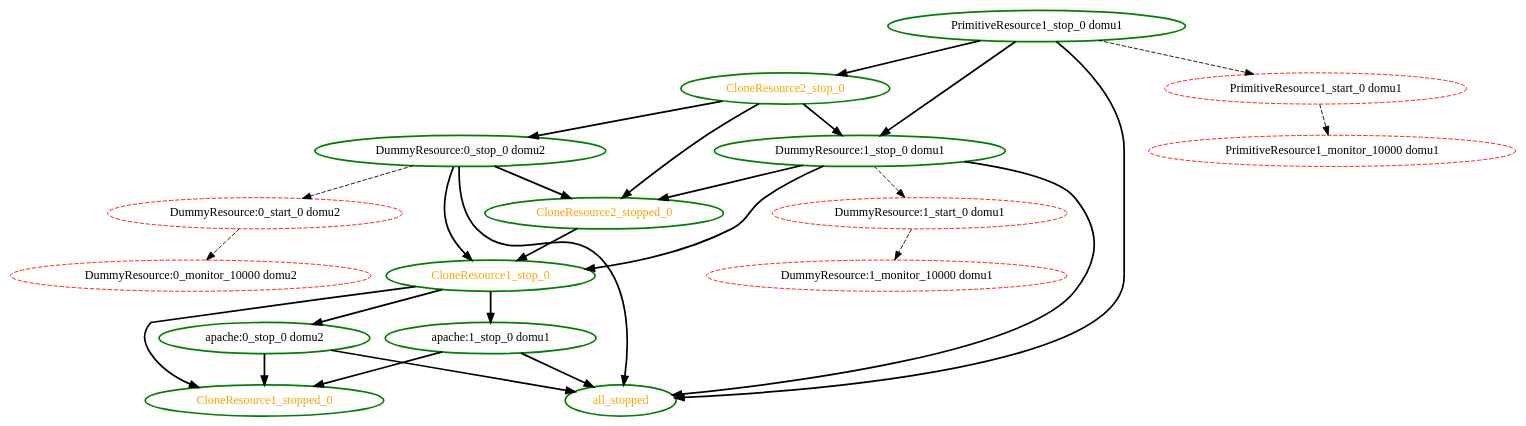
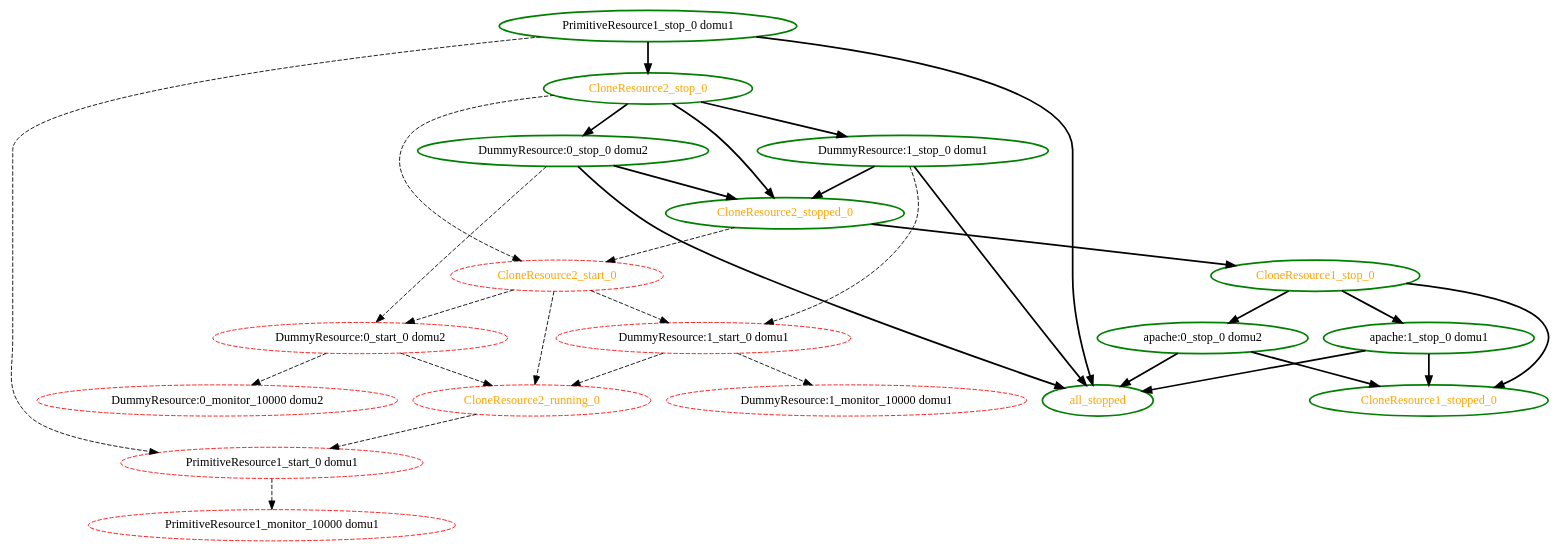
The diagram in pengine/test10/bug-lf-2453.dot (ClusterLabs/pacemaker), drawn with Graphviz before and after one commit. The commit also changed 115 other files, not shown here.

```diff
--- a/pengine/test10/bug-lf-2453.dot
+++ b/pengine/test10/bug-lf-2453.dot
@@ -1,44 +1,51 @@
 digraph "g" {
 "CloneResource1_stop_0" -> "CloneResource1_stopped_0" [ style = bold]
 "CloneResource1_stop_0" -> "apache:0_stop_0 domu2" [ style = bold]
 "CloneResource1_stop_0" -> "apache:1_stop_0 domu1" [ style = bold]
 "CloneResource1_stop_0" [ style=bold color="green" fontcolor="orange"  ]
 "CloneResource1_stopped_0" [ style=bold color="green" fontcolor="orange"  ]
+"CloneResource2_running_0" -> "PrimitiveResource1_start_0 domu1" [ style = dashed]
+"CloneResource2_running_0" [ style=dashed color="red" fontcolor="orange"  ]
+"CloneResource2_start_0" -> "CloneResource2_running_0" [ style = dashed]
+"CloneResource2_start_0" -> "DummyResource:0_start_0 domu2" [ style = dashed]
+"CloneResource2_start_0" -> "DummyResource:1_start_0 domu1" [ style = dashed]
+"CloneResource2_start_0" [ style=dashed color="red" fontcolor="orange"  ]
+"CloneResource2_stop_0" -> "CloneResource2_start_0" [ style = dashed]
 "CloneResource2_stop_0" -> "CloneResource2_stopped_0" [ style = bold]
 "CloneResource2_stop_0" -> "DummyResource:0_stop_0 domu2" [ style = bold]
 "CloneResource2_stop_0" -> "DummyResource:1_stop_0 domu1" [ style = bold]
 "CloneResource2_stop_0" [ style=bold color="green" fontcolor="orange"  ]
 "CloneResource2_stopped_0" -> "CloneResource1_stop_0" [ style = bold]
+"CloneResource2_stopped_0" -> "CloneResource2_start_0" [ style = dashed]
 "CloneResource2_stopped_0" [ style=bold color="green" fontcolor="orange"  ]
 "DummyResource:0_monitor_10000 domu2" [ style=dashed color="red" fontcolor="black"  ]
+"DummyResource:0_start_0 domu2" -> "CloneResource2_running_0" [ style = dashed]
 "DummyResource:0_start_0 domu2" -> "DummyResource:0_monitor_10000 domu2" [ style = dashed]
 "DummyResource:0_start_0 domu2" [ style=dashed color="red" fontcolor="black"  ]
-"DummyResource:0_stop_0 domu2" -> "CloneResource1_stop_0" [ style = bold]
 "DummyResource:0_stop_0 domu2" -> "CloneResource2_stopped_0" [ style = bold]
 "DummyResource:0_stop_0 domu2" -> "DummyResource:0_start_0 domu2" [ style = dashed]
 "DummyResource:0_stop_0 domu2" -> "all_stopped" [ style = bold]
 "DummyResource:0_stop_0 domu2" [ style=bold color="green" fontcolor="black"  ]
 "DummyResource:1_monitor_10000 domu1" [ style=dashed color="red" fontcolor="black"  ]
+"DummyResource:1_start_0 domu1" -> "CloneResource2_running_0" [ style = dashed]
 "DummyResource:1_start_0 domu1" -> "DummyResource:1_monitor_10000 domu1" [ style = dashed]
 "DummyResource:1_start_0 domu1" [ style=dashed color="red" fontcolor="black"  ]
-"DummyResource:1_stop_0 domu1" -> "CloneResource1_stop_0" [ style = bold]
 "DummyResource:1_stop_0 domu1" -> "CloneResource2_stopped_0" [ style = bold]
 "DummyResource:1_stop_0 domu1" -> "DummyResource:1_start_0 domu1" [ style = dashed]
 "DummyResource:1_stop_0 domu1" -> "all_stopped" [ style = bold]
 "DummyResource:1_stop_0 domu1" [ style=bold color="green" fontcolor="black"  ]
 "PrimitiveResource1_monitor_10000 domu1" [ style=dashed color="red" fontcolor="black"  ]
 "PrimitiveResource1_start_0 domu1" -> "PrimitiveResource1_monitor_10000 domu1" [ style = dashed]
 "PrimitiveResource1_start_0 domu1" [ style=dashed color="red" fontcolor="black"  ]
 "PrimitiveResource1_stop_0 domu1" -> "CloneResource2_stop_0" [ style = bold]
-"PrimitiveResource1_stop_0 domu1" -> "DummyResource:1_stop_0 domu1" [ style = bold]
 "PrimitiveResource1_stop_0 domu1" -> "PrimitiveResource1_start_0 domu1" [ style = dashed]
 "PrimitiveResource1_stop_0 domu1" -> "all_stopped" [ style = bold]
 "PrimitiveResource1_stop_0 domu1" [ style=bold color="green" fontcolor="black"  ]
 "all_stopped" [ style=bold color="green" fontcolor="orange"  ]
 "apache:0_stop_0 domu2" -> "CloneResource1_stopped_0" [ style = bold]
 "apache:0_stop_0 domu2" -> "all_stopped" [ style = bold]
 "apache:0_stop_0 domu2" [ style=bold color="green" fontcolor="black"  ]
 "apache:1_stop_0 domu1" -> "CloneResource1_stopped_0" [ style = bold]
 "apache:1_stop_0 domu1" -> "all_stopped" [ style = bold]
 "apache:1_stop_0 domu1" [ style=bold color="green" fontcolor="black"  ]
 }
```
